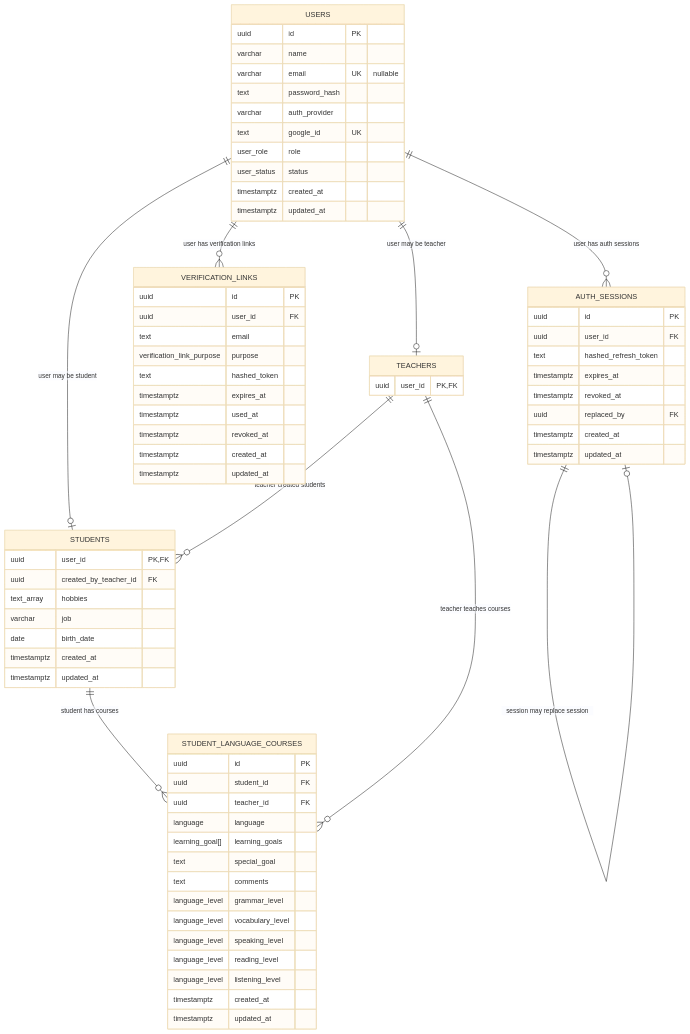
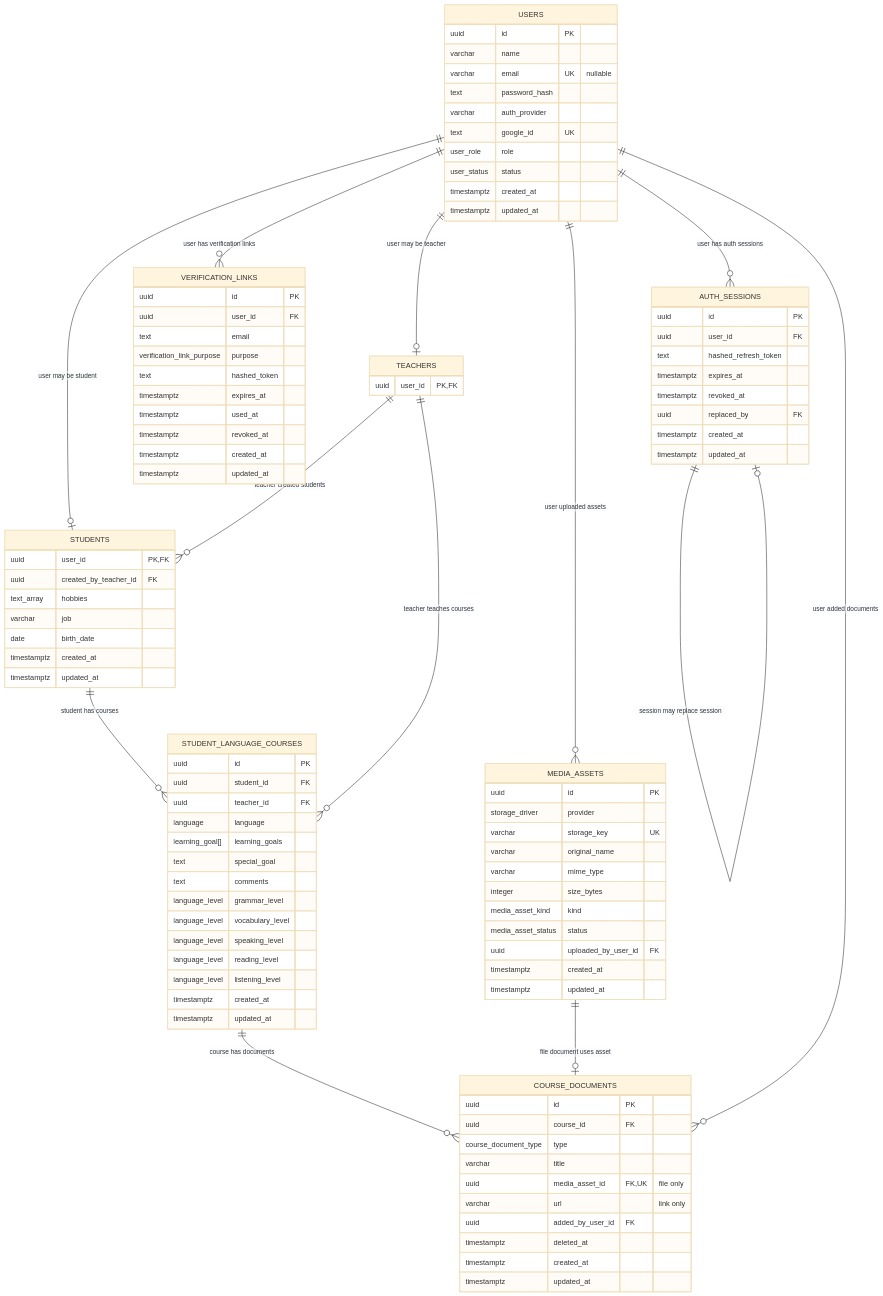
The diagram in back/docs/db/entities.md (KaterynaKocheharova/Practice-app), drawn with Mermaid (base theme) before and after one commit. The commit also changed other lines of this file and 29 other files, not shown here.

````diff
--- a/back/docs/db/entities.md
+++ b/back/docs/db/entities.md
@@ -72,6 +72,33 @@
     timestamptz updated_at
   }
 
+  MEDIA_ASSETS {
+    uuid id PK
+    storage_driver provider
+    varchar storage_key UK
+    varchar original_name
+    varchar mime_type
+    integer size_bytes
+    media_asset_kind kind
+    media_asset_status status
+    uuid uploaded_by_user_id FK
+    timestamptz created_at
+    timestamptz updated_at
+  }
+
+  COURSE_DOCUMENTS {
+    uuid id PK
+    uuid course_id FK
+    course_document_type type
+    varchar title
+    uuid media_asset_id FK, UK "file only"
+    varchar url "link only"
+    uuid added_by_user_id FK
+    timestamptz deleted_at
+    timestamptz created_at
+    timestamptz updated_at
+  }
+
   USERS ||--o| TEACHERS : "user may be teacher"
   USERS ||--o| STUDENTS : "user may be student"
   USERS ||--o{ AUTH_SESSIONS : "user has auth sessions"
@@ -80,4 +107,8 @@
   TEACHERS ||--o{ STUDENTS : "teacher created students"
   STUDENTS ||--o{ STUDENT_LANGUAGE_COURSES : "student has courses"
   TEACHERS ||--o{ STUDENT_LANGUAGE_COURSES : "teacher teaches courses"
+  STUDENT_LANGUAGE_COURSES ||--o{ COURSE_DOCUMENTS : "course has documents"
+  MEDIA_ASSETS ||--o| COURSE_DOCUMENTS : "file document uses asset"
+  USERS ||--o{ MEDIA_ASSETS : "user uploaded assets"
+  USERS ||--o{ COURSE_DOCUMENTS : "user added documents"
 ```
````
